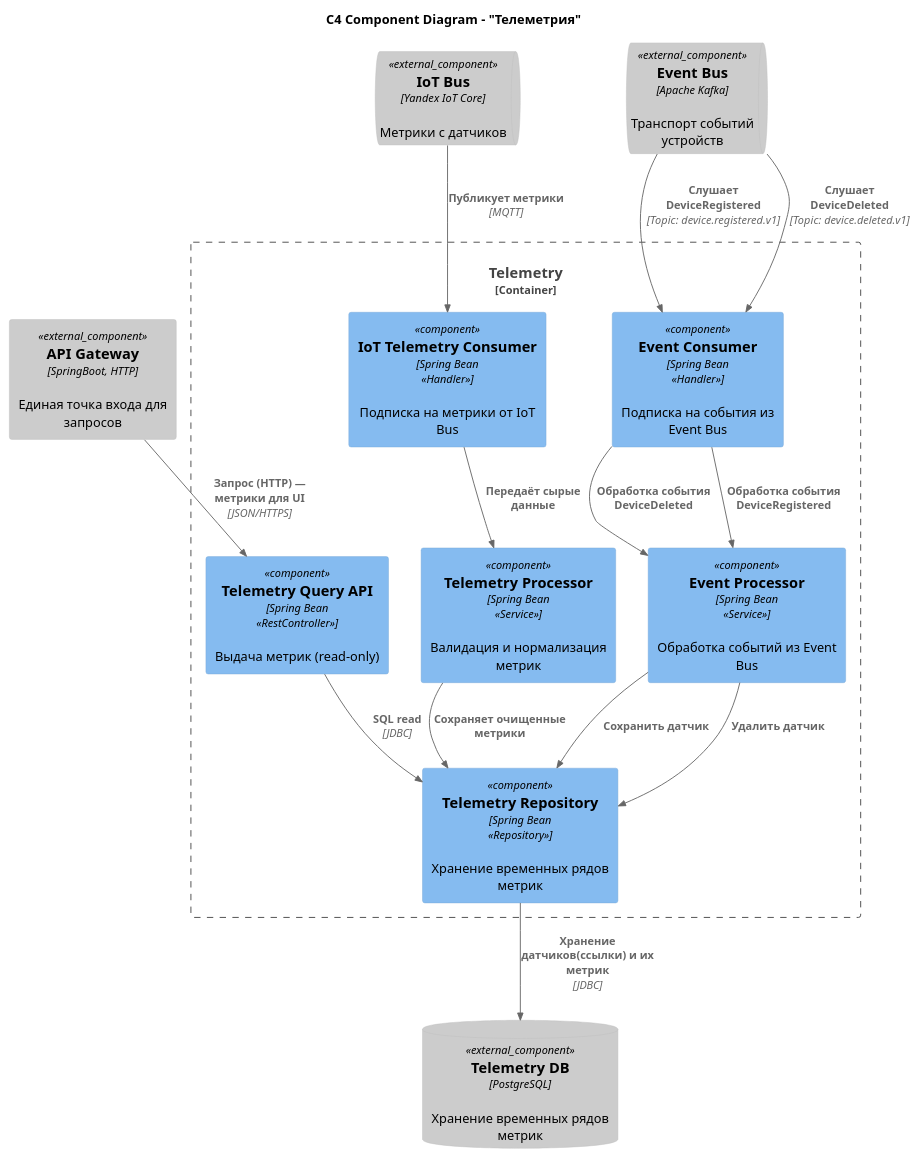
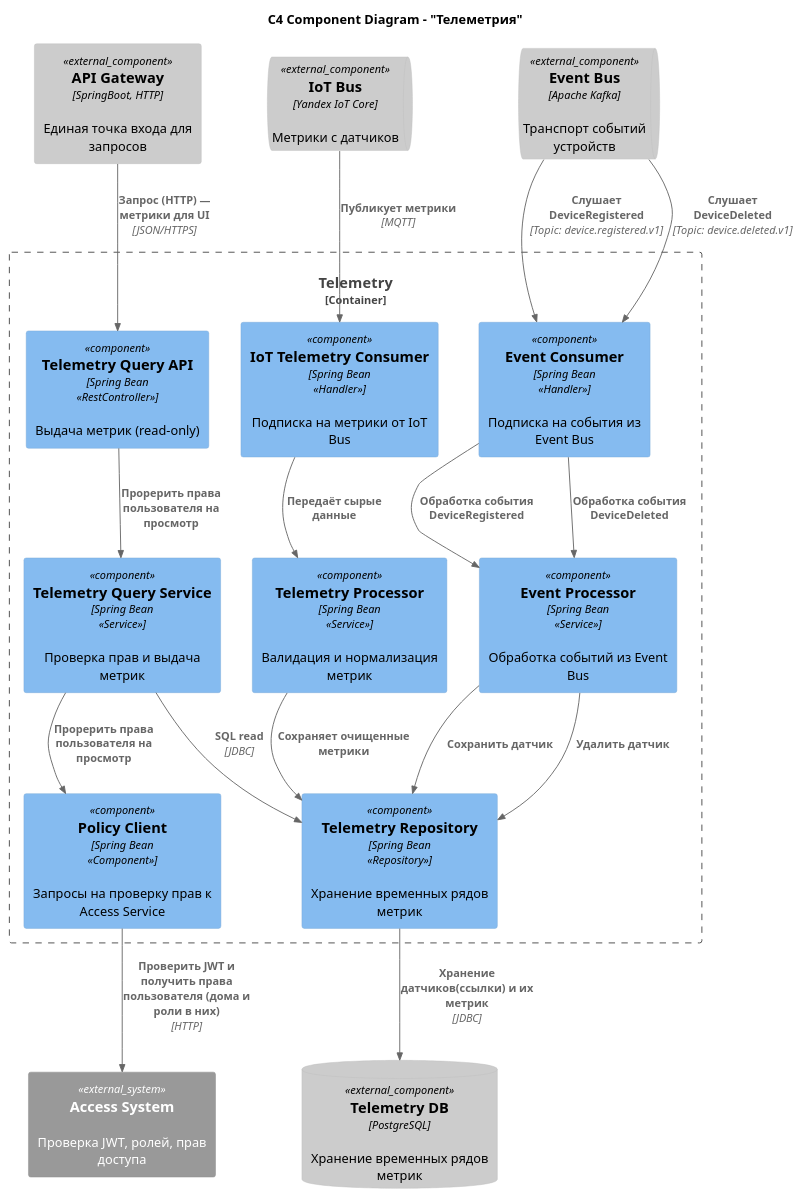
One commit to aymanstepanova/architecture-pro-warmhouse changed the diagram in schemas/c4-components/component_telemetry_c4.puml. Above: the diagram before and after it, drawn with PlantUML. The commit also changed 7 other files, not shown here.

```diff
--- a/schemas/c4-components/component_telemetry_c4.puml
+++ b/schemas/c4-components/component_telemetry_c4.puml
@@ -1,41 +1,47 @@
 @startuml
 !include ../styles/C4_Component.puml
 
 title C4 Component Diagram - "Телеметрия"
 
 Component_Ext(apiGw, "API Gateway", "SpringBoot, HTTP", "Единая точка входа для запросов")
+System_Ext(access, "Access System", "Проверка JWT, ролей, прав доступа")
 ComponentQueue_Ext(IoT_bus, "IoT Bus", "Yandex IoT Core", "Метрики с датчиков")
 ComponentQueue_Ext(kafka, "Event Bus", "Apache Kafka", "Транспорт событий устройств")
 
 Container_Boundary(telemetry, "Telemetry") {
     Component(queryApi, "Telemetry Query API", "Spring Bean\n<<RestController>>", "Выдача метрик (read-only)")
+    Component(queryService, "Telemetry Query Service", "Spring Bean\n<<Service>>", "Проверка прав и выдача метрик")
 
     Component(repository, "Telemetry Repository", "Spring Bean\n<<Repository>>", "Хранение временных рядов метрик")
     Component(consumer, "IoT Telemetry Consumer", "Spring Bean\n<<Handler>>", "Подписка на метрики от IoT Bus")
     Component(processor, "Telemetry Processor", "Spring Bean\n<<Service>>", "Валидация и нормализация метрик")
     Component(eventConsumer, "Event Consumer", "Spring Bean\n<<Handler>>",  "Подписка на события из Event Bus")
     Component(eventProcessor, "Event Processor", "Spring Bean\n<<Service>>",  "Обработка событий из Event Bus")
+    Component(policyClient, "Policy Client", "Spring Bean\n<<Component>>", "Запросы на проверку прав к Access Service")
 }
 
 ComponentDb_Ext(telemetryDB, "Telemetry DB", "PostgreSQL", "Хранение временных рядов метрик")
 
 '' Регистрация/удаление датчика
 Rel(kafka, eventConsumer, "Слушает\nDeviceRegistered", "Topic: device.registered.v1")
 Rel(kafka, eventConsumer, "Слушает\nDeviceDeleted", "Topic: device.deleted.v1")
 Rel(eventConsumer, eventProcessor, "Обработка события DeviceRegistered")
 Rel(eventConsumer, eventProcessor, "Обработка события DeviceDeleted")
 Rel(eventProcessor, repository, "Сохранить датчик")
 Rel(eventProcessor, repository, "Удалить датчик")
 
 '' Сохранение метрик
 Rel(IoT_bus, consumer, "Публикует метрики", "MQTT")
 Rel(consumer, processor, "Передаёт сырые данные")
 Rel(processor, repository, "Сохраняет очищенные метрики")
 Rel(repository, telemetryDB, "Хранение датчиков(ссылки) и их метрик", "JDBC")
 
 '' Чтение метрик
 Rel(apiGw, queryApi, "Запрос (HTTP) — метрики для UI", "JSON/HTTPS")
-Rel(queryApi, repository, "SQL read", "JDBC")
+Rel(queryApi, queryService, "Прорерить права пользователя на просмотр")
+Rel(queryService, policyClient, "Прорерить права пользователя на просмотр")
+Rel(policyClient, access, "Проверить JWT и получить права пользователя (дома и роли в них)", "HTTP")
+Rel(queryService, repository, "SQL read", "JDBC")
 
 
 @enduml
```
